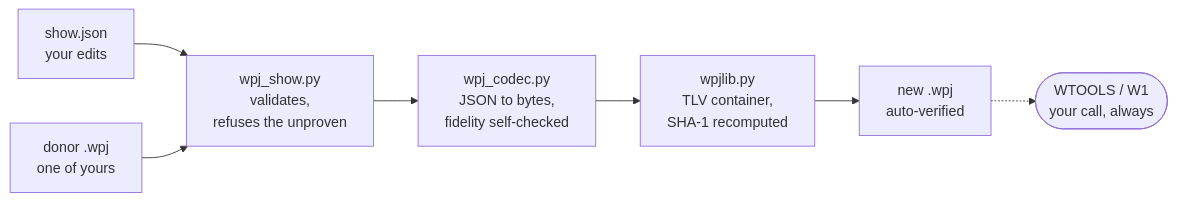
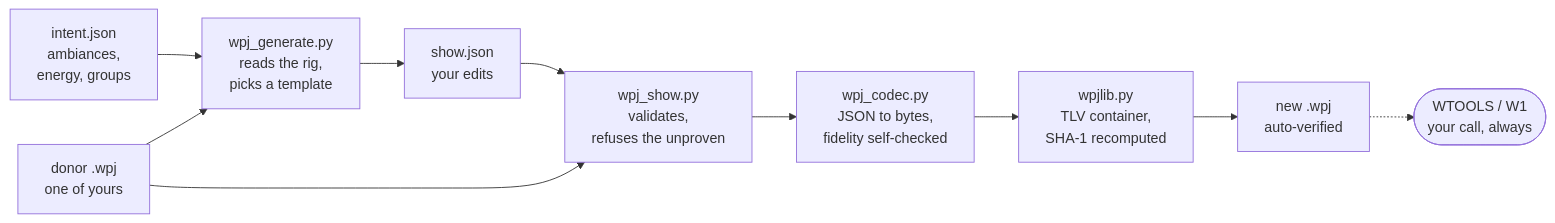
One commit to Adridot/wolfmix-automation changed the diagram in README.md. Above: the diagram before and after it, drawn with Mermaid. The commit also changed other lines of this file and 9 other files, not shown here.

````diff
--- a/README.md
+++ b/README.md
@@ -188,9 +188,12 @@
 ```mermaid
 flowchart LR
+    H["intent.json<br/>ambiances,<br/>energy, groups"] --> I["wpj_generate.py<br/>reads the rig,<br/>picks a template"]
+    I --> A
     A["show.json<br/>your edits"] --> B["wpj_show.py<br/>validates,<br/>refuses the unproven"]
-    D["donor .wpj<br/>one of yours"] --> B
+    D["donor .wpj<br/>one of yours"] --> I
+    D --> B
     B --> C["wpj_codec.py<br/>JSON to bytes,<br/>fidelity self-checked"]
     C --> E["wpjlib.py<br/>TLV container,<br/>SHA-1 recomputed"]
     E --> F["new .wpj<br/>auto-verified"]
     F -.-> G(["WTOOLS / W1<br/>your call, always"])
 ```
````
